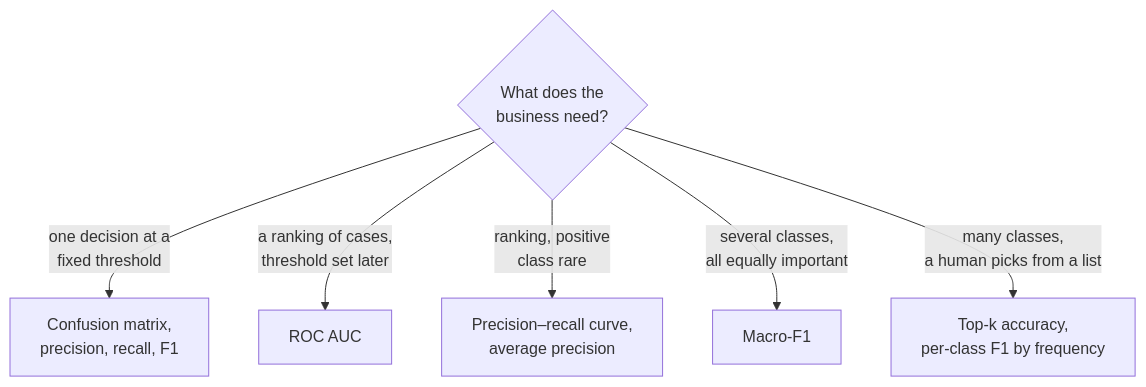
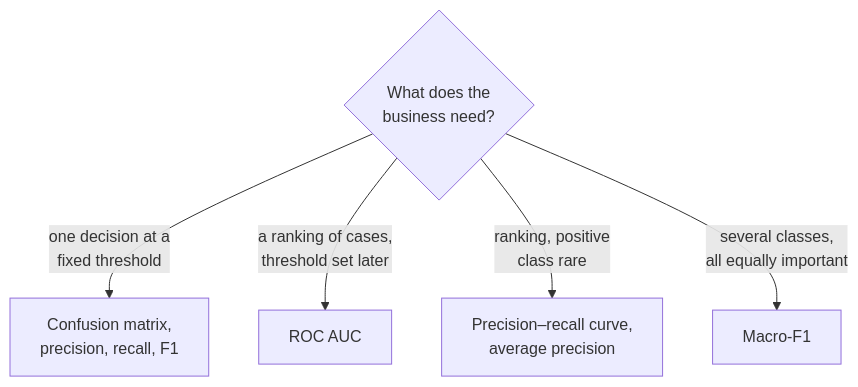
The diagram in sessions/08-classification-and-metrics/theory/02-classification-metrics.md (khoadaniel/statistical-programming-mpmd-htw-ws-2026), drawn with Mermaid before and after one commit. The commit also changed other lines of this file and 160 other files, not shown here.

````diff
--- a/sessions/08-classification-and-metrics/theory/02-classification-metrics.md
+++ b/sessions/08-classification-and-metrics/theory/02-classification-metrics.md
@@ -7,8 +7,7 @@
 ```mermaid
 flowchart TD
     Q{"What does the<br/>business need?"} -->|"one decision at a<br/>fixed threshold"| T["Confusion matrix,<br/>precision, recall, F1"]
     Q -->|"a ranking of cases,<br/>threshold set later"| R["ROC AUC"]
     Q -->|"ranking, positive<br/>class rare"| PR["Precision–recall curve,<br/>average precision"]
     Q -->|"several classes,<br/>all equally important"| MF["Macro-F1"]
-    Q -->|"many classes,<br/>a human picks from a list"| TK["Top-k accuracy,<br/>per-class F1 by frequency"]
 ```
````
